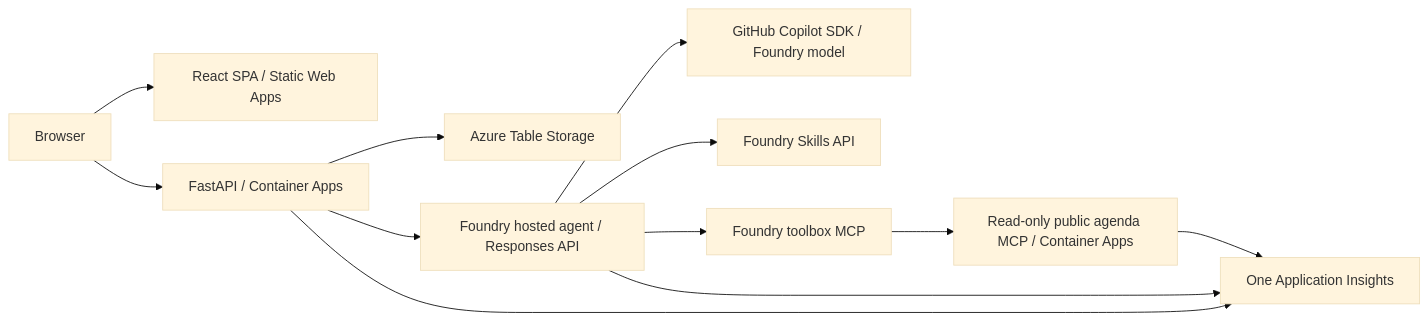
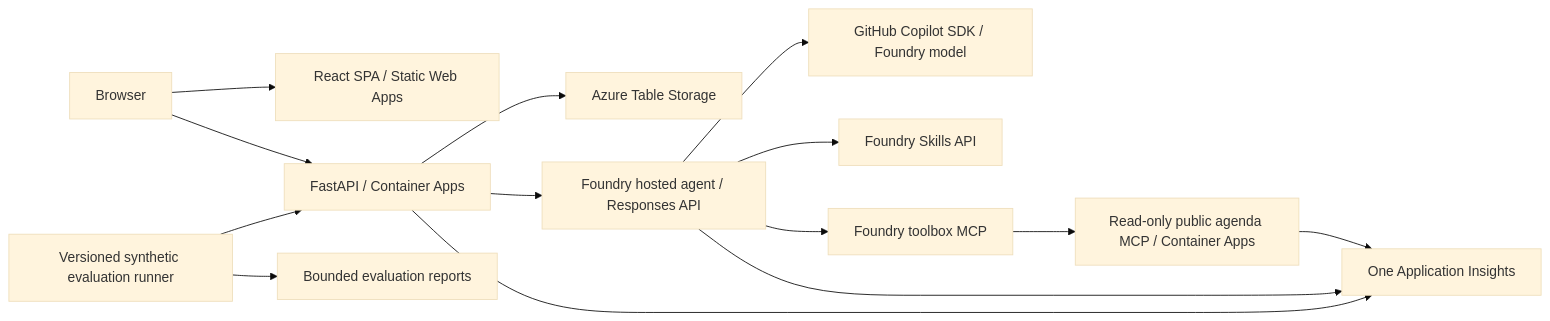
Before and after one commit to dbroeglin/cloud-and-ai-day-geneva-demo: the diagram in docs/spec.md, drawn with Mermaid (base theme). The commit also changed other lines of this file and 12 other files, not shown here.

````diff
--- a/docs/spec.md
+++ b/docs/spec.md
@@ -97,14 +108,16 @@
 ```mermaid
 flowchart LR
     Browser --> SWA[React SPA / Static Web Apps]
     Browser --> API[FastAPI / Container Apps]
     API --> Tables[Azure Table Storage]
     API --> Agent[Foundry hosted agent / Responses API]
     Agent --> SDK[GitHub Copilot SDK / Foundry model]
     Agent --> Skills[Foundry Skills API]
     Agent --> Toolbox[Foundry toolbox MCP]
     Toolbox --> MCP[Read-only public agenda MCP / Container Apps]
+    Eval[Versioned synthetic evaluation runner] --> API
+    Eval --> Reports[Bounded evaluation reports]
     API --> Monitor[One Application Insights]
     Agent --> Monitor
     MCP --> Monitor
 ```
````
